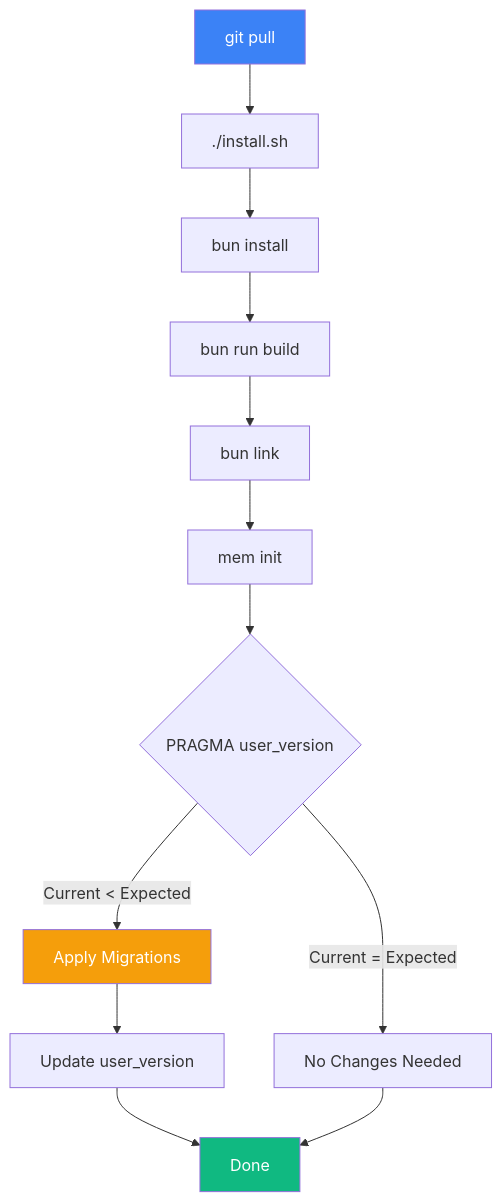
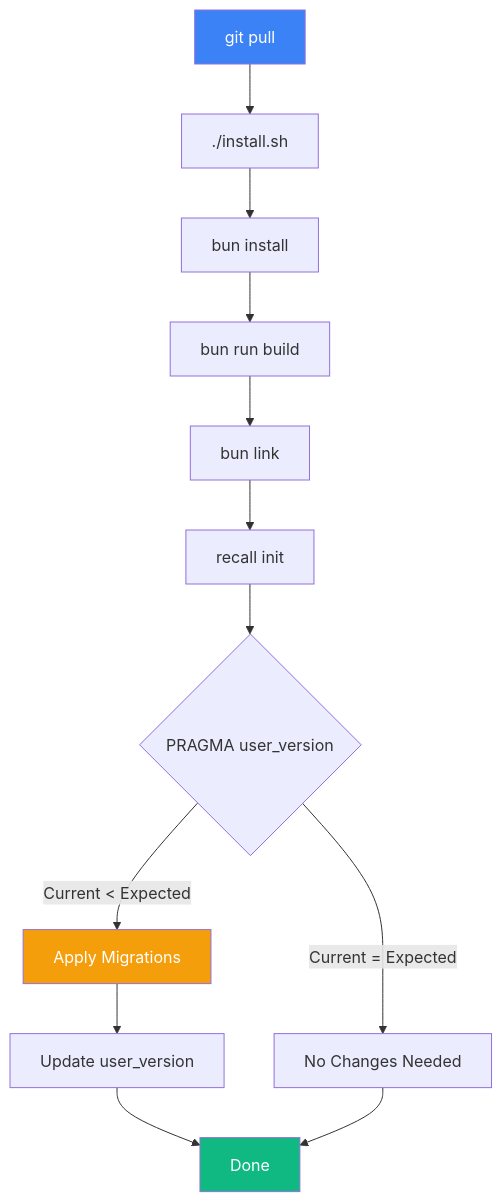
One commit to edheltzel/Recall changed the diagram in docs/upgrading.md. Above: the diagram before and after it, drawn with Mermaid. The commit also changed other lines of this file and 95 other files, not shown here.

````diff
--- a/docs/upgrading.md
+++ b/docs/upgrading.md
@@ -259,18 +259,18 @@
 ```mermaid
 graph TD
     A[git pull] --> B[./install.sh]
     B --> C[bun install]
     C --> D[bun run build]
     D --> E[bun link]
-    E --> F[mem init]
+    E --> F[recall init]
     F --> G{PRAGMA user_version}
     G -->|Current < Expected| H[Apply Migrations]
     G -->|Current = Expected| I[No Changes Needed]
     H --> J[Update user_version]
     J --> K[Done]
     I --> K
 
     style A fill:#3B82F6,color:#fff
     style H fill:#F59E0B,color:#fff
     style K fill:#10B981,color:#fff
 ```
````
